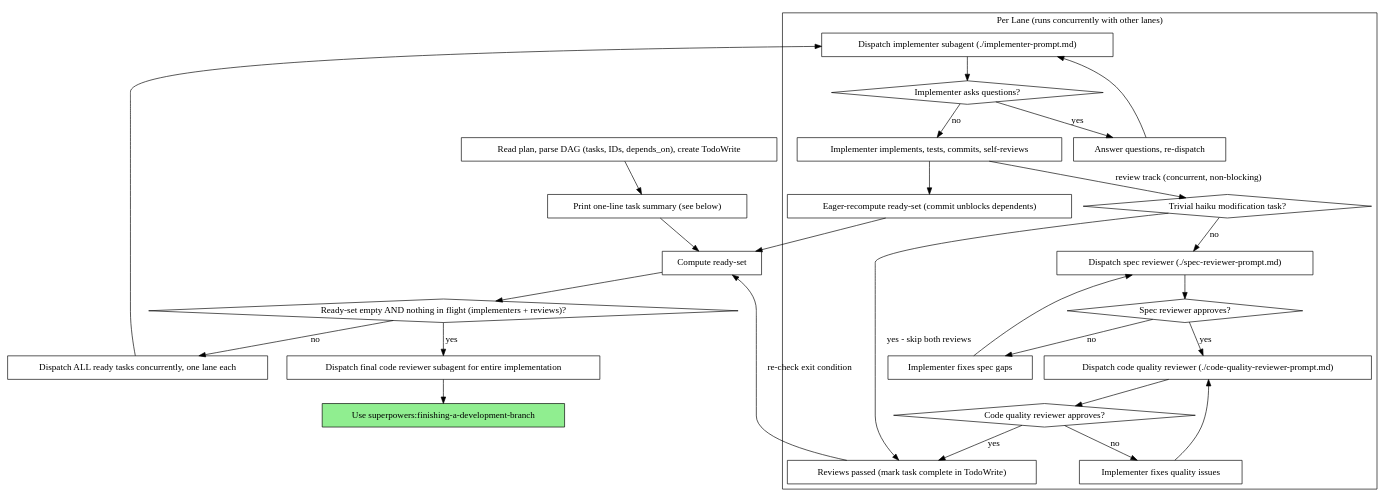
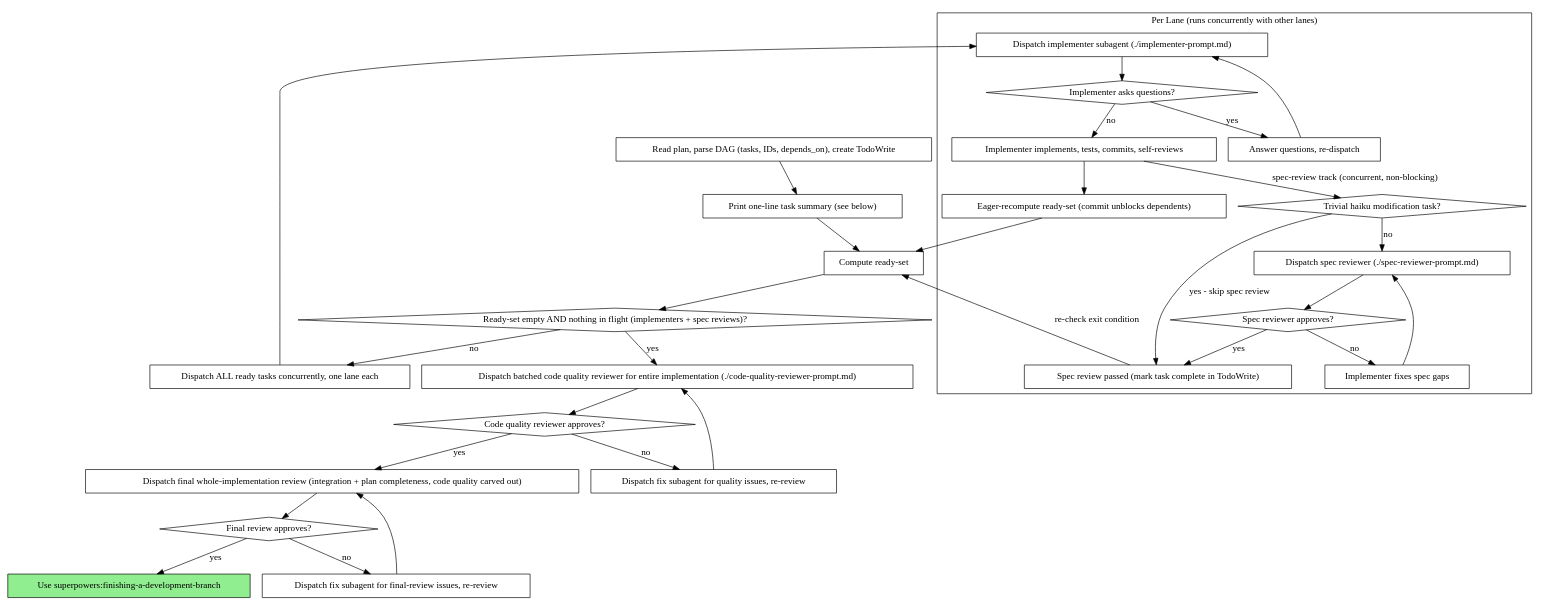
The second of 2 diagrams in skills/subagent-driven-development/SKILL.md (kimjg1119/superpowers), drawn with Graphviz before and after one commit. The commit also changed other lines of this file and 7 other files, not shown here.

First line of the commit message:
feat: batch code quality review at end of subagent-driven-development

````diff
--- a/skills/subagent-driven-development/SKILL.md
+++ b/skills/subagent-driven-development/SKILL.md
@@ -45,60 +45,65 @@
 ```dot
 digraph process {
     rankdir=TB;
 
     "Read plan, parse DAG (tasks, IDs, depends_on), create TodoWrite" [shape=box];
     "Print one-line task summary (see below)" [shape=box];
     "Compute ready-set" [shape=box];
-    "Ready-set empty AND nothing in flight (implementers + reviews)?" [shape=diamond];
+    "Ready-set empty AND nothing in flight (implementers + spec reviews)?" [shape=diamond];
     "Dispatch ALL ready tasks concurrently, one lane each" [shape=box];
-    "Dispatch final code reviewer subagent for entire implementation" [shape=box];
+    "Dispatch batched code quality reviewer for entire implementation (./code-quality-reviewer-prompt.md)" [shape=box];
+    "Code quality reviewer approves?" [shape=diamond];
+    "Dispatch fix subagent for quality issues, re-review" [shape=box];
+    "Dispatch final whole-implementation review (integration + plan completeness, code quality carved out)" [shape=box];
+    "Final review approves?" [shape=diamond];
+    "Dispatch fix subagent for final-review issues, re-review" [shape=box];
     "Use superpowers:finishing-a-development-branch" [shape=box style=filled fillcolor=lightgreen];
 
     subgraph cluster_lane {
         label="Per Lane (runs concurrently with other lanes)";
         "Dispatch implementer subagent (./implementer-prompt.md)" [shape=box];
         "Implementer asks questions?" [shape=diamond];
         "Answer questions, re-dispatch" [shape=box];
         "Implementer implements, tests, commits, self-reviews" [shape=box];
         "Eager-recompute ready-set (commit unblocks dependents)" [shape=box];
         "Trivial haiku modification task?" [shape=diamond];
         "Dispatch spec reviewer (./spec-reviewer-prompt.md)" [shape=box];
         "Spec reviewer approves?" [shape=diamond];
         "Implementer fixes spec gaps" [shape=box];
-        "Dispatch code quality reviewer (./code-quality-reviewer-prompt.md)" [shape=box];
-        "Code quality reviewer approves?" [shape=diamond];
-        "Implementer fixes quality issues" [shape=box];
-        "Reviews passed (mark task complete in TodoWrite)" [shape=box];
+        "Spec review passed (mark task complete in TodoWrite)" [shape=box];
     }
 
     "Read plan, parse DAG (tasks, IDs, depends_on), create TodoWrite" -> "Print one-line task summary (see below)";
     "Print one-line task summary (see below)" -> "Compute ready-set";
-    "Compute ready-set" -> "Ready-set empty AND nothing in flight (implementers + reviews)?";
-    "Ready-set empty AND nothing in flight (implementers + reviews)?" -> "Dispatch final code reviewer subagent for entire implementation" [label="yes"];
-    "Ready-set empty AND nothing in flight (implementers + reviews)?" -> "Dispatch ALL ready tasks concurrently, one lane each" [label="no"];
+    "Compute ready-set" -> "Ready-set empty AND nothing in flight (implementers + spec reviews)?";
+    "Ready-set empty AND nothing in flight (implementers + spec reviews)?" -> "Dispatch batched code quality reviewer for entire implementation (./code-quality-reviewer-prompt.md)" [label="yes"];
+    "Ready-set empty AND nothing in flight (implementers + spec reviews)?" -> "Dispatch ALL ready tasks concurrently, one lane each" [label="no"];
     "Dispatch ALL ready tasks concurrently, one lane each" -> "Dispatch implementer subagent (./implementer-prompt.md)";
 
     "Dispatch implementer subagent (./implementer-prompt.md)" -> "Implementer asks questions?";
     "Implementer asks questions?" -> "Answer questions, re-dispatch" [label="yes"];
     "Answer questions, re-dispatch" -> "Dispatch implementer subagent (./implementer-prompt.md)";
     "Implementer asks questions?" -> "Implementer implements, tests, commits, self-reviews" [label="no"];
 
     "Implementer implements, tests, commits, self-reviews" -> "Eager-recompute ready-set (commit unblocks dependents)";
     "Eager-recompute ready-set (commit unblocks dependents)" -> "Compute ready-set";
-    "Implementer implements, tests, commits, self-reviews" -> "Trivial haiku modification task?" [label="review track (concurrent, non-blocking)"];
-    "Trivial haiku modification task?" -> "Reviews passed (mark task complete in TodoWrite)" [label="yes - skip both reviews"];
+    "Implementer implements, tests, commits, self-reviews" -> "Trivial haiku modification task?" [label="spec-review track (concurrent, non-blocking)"];
+    "Trivial haiku modification task?" -> "Spec review passed (mark task complete in TodoWrite)" [label="yes - skip spec review"];
     "Trivial haiku modification task?" -> "Dispatch spec reviewer (./spec-reviewer-prompt.md)" [label="no"];
 
     "Dispatch spec reviewer (./spec-reviewer-prompt.md)" -> "Spec reviewer approves?";
     "Spec reviewer approves?" -> "Implementer fixes spec gaps" [label="no"];
     "Implementer fixes spec gaps" -> "Dispatch spec reviewer (./spec-reviewer-prompt.md)";
-    "Spec reviewer approves?" -> "Dispatch code quality reviewer (./code-quality-reviewer-prompt.md)" [label="yes"];
-    "Dispatch code quality reviewer (./code-quality-reviewer-prompt.md)" -> "Code quality reviewer approves?";
-    "Code quality reviewer approves?" -> "Implementer fixes quality issues" [label="no"];
-    "Implementer fixes quality issues" -> "Dispatch code quality reviewer (./code-quality-reviewer-prompt.md)";
-    "Code quality reviewer approves?" -> "Reviews passed (mark task complete in TodoWrite)" [label="yes"];
-    "Reviews passed (mark task complete in TodoWrite)" -> "Compute ready-set" [label="re-check exit condition"];
+    "Spec reviewer approves?" -> "Spec review passed (mark task complete in TodoWrite)" [label="yes"];
+    "Spec review passed (mark task complete in TodoWrite)" -> "Compute ready-set" [label="re-check exit condition"];
 
-    "Dispatch final code reviewer subagent for entire implementation" -> "Use superpowers:finishing-a-development-branch";
+    "Dispatch batched code quality reviewer for entire implementation (./code-quality-reviewer-prompt.md)" -> "Code quality reviewer approves?";
+    "Code quality reviewer approves?" -> "Dispatch fix subagent for quality issues, re-review" [label="no"];
+    "Dispatch fix subagent for quality issues, re-review" -> "Dispatch batched code quality reviewer for entire implementation (./code-quality-reviewer-prompt.md)";
+    "Code quality reviewer approves?" -> "Dispatch final whole-implementation review (integration + plan completeness, code quality carved out)" [label="yes"];
+    "Dispatch final whole-implementation review (integration + plan completeness, code quality carved out)" -> "Final review approves?";
+    "Final review approves?" -> "Dispatch fix subagent for final-review issues, re-review" [label="no"];
+    "Dispatch fix subagent for final-review issues, re-review" -> "Dispatch final whole-implementation review (integration + plan completeness, code quality carved out)";
+    "Final review approves?" -> "Use superpowers:finishing-a-development-branch" [label="yes"];
 }
 ```
````
